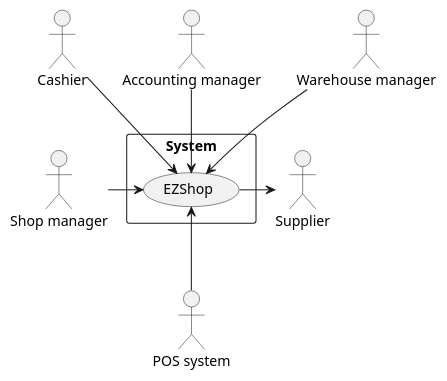
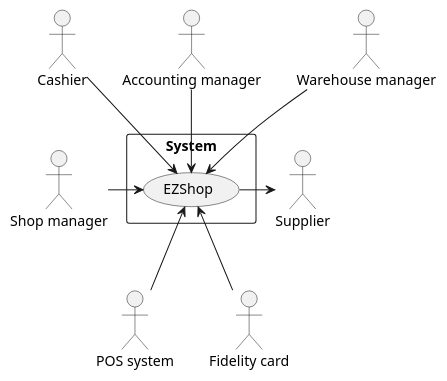
Before and after one commit to BMike10/EzShop: the first of 5 diagrams in Deliverables/RequirementsDocument.md, drawn with PlantUML. The commit also changed other lines of this file and 1 other file, not shown here.

Commit message:
doc: added stakeholder and actor Fidelity card

```diff
--- a/Deliverables/RequirementsDocument.md
+++ b/Deliverables/RequirementsDocument.md
@@ -62,21 +63,22 @@
 	@startuml context_diagram
 		actor :Shop manager: as sm
 		actor :Cashier: as cr
 		actor :Accounting manager: as am
 		' actor :Customer management system: as cms
 		actor :Warehouse manager: as wm
 		'	actor :Inventory and Catalogue system: as i	:
 		actor :Supplier: as s
 		actor :POS system: as ccs
 		rectangle System{
 		usecase EZShop
 		}
 		sm -> EZShop
 		cr --> EZShop
 		am --> EZShop
 		wm --> EZShop
 		'	i --> EZShop
 		s <- EZShop
 		' EZShop <-- cms
 		EZShop <-- ccs
+		EZShop <-- :Fidelity card:
 	@enduml
```
